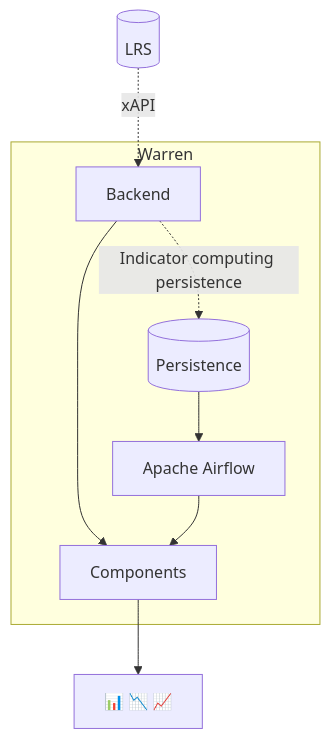
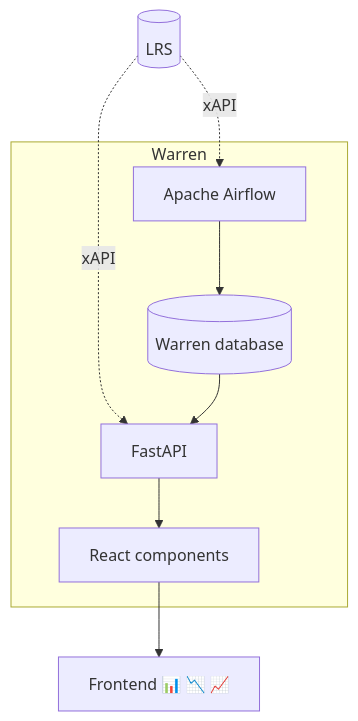
Before and after one commit to openfun/2023-openedx-con-warren: the diagram in sections/origin-warren.md, drawn with Mermaid. The commit also changed other lines of this file and 9 other files, not shown here.

````diff
--- a/sections/origin-warren.md
+++ b/sections/origin-warren.md
@@ -17,20 +19,21 @@
 ```mermaid {scale: 0.7}
 flowchart TB
 
   lrs[(LRS)]
 
   subgraph warren [Warren]
-    backend[Backend]
-    component[Components]
+    backend[FastAPI]
+    component[React components]
     apache_airflow["Apache Airflow"]
-    persistence[(Persistence)]
+    persistence[(Warren database)]
 
   end
-  charts["📊 📉 📈"]
+  charts["Frontend 📊 📉 📈"]
   lrs -. xAPI .-> backend
+  lrs -. xAPI .-> apache_airflow
   backend --> component
-  backend -. Indicator computing persistence .-> persistence
-  persistence --> apache_airflow --> component
+  apache_airflow --> persistence
+  persistence --> backend
   component --> charts
 
 ```
````
